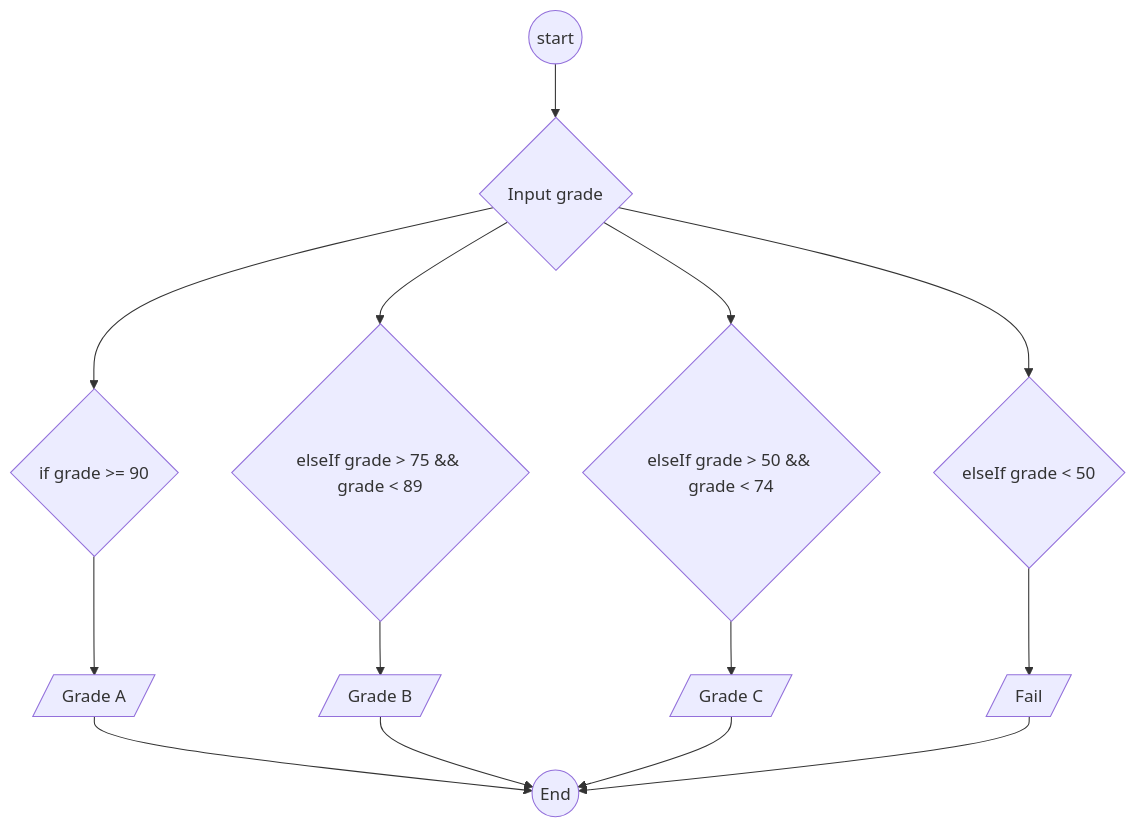
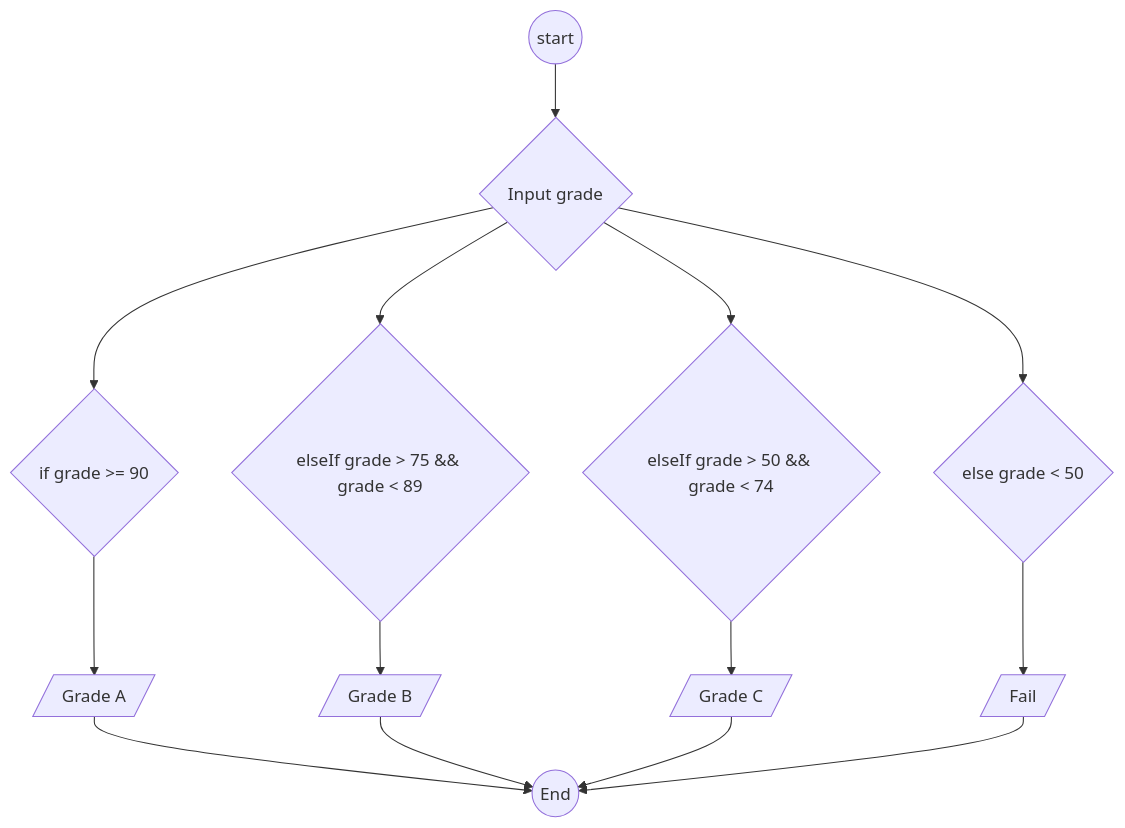
One commit to ihabau/Lexicon-lesson3-flowcharts changed the diagram in Exercise2.md. Above: the diagram before and after it, drawn with Mermaid.

Commit message:
exercise2

````diff
--- a/Exercise2.md
+++ b/Exercise2.md
@@ -29,8 +29,8 @@
 ```mermaid
 graph TD
 A((start)) --> B{Input grade}
 B --> C{if grade >= 90} --> D[/Grade A/] --> K((End))
 B --> E{elseIf grade > 75 && grade < 89} --> F[/Grade B/] --> K((End))
 B --> G{elseIf grade > 50 && grade < 74} --> H[/Grade C/] --> K((End))
-B --> I{elseIf grade < 50} --> J[/Fail/] --> K((End))
+B --> I{else grade < 50} --> J[/Fail/] --> K((End))
 ```
````
